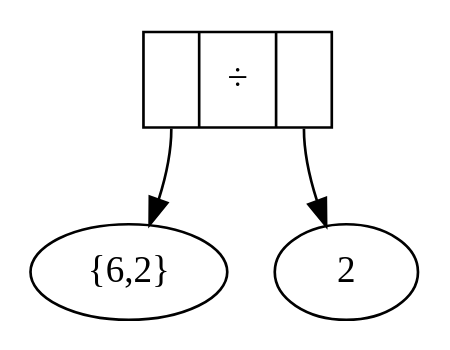
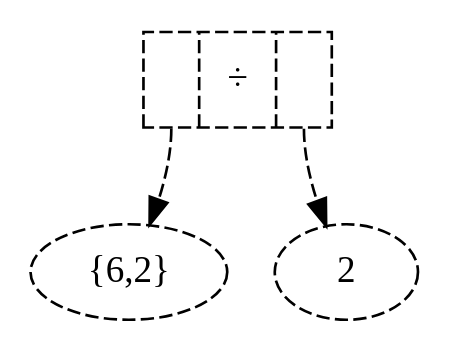
Before and after one commit to CousinoMath/blog: the diagram in Arith_on_Trees/quadratic/instQuadForm5.gv, drawn with Graphviz. The commit also changed 42 other files, not shown here.

```diff
--- a/Arith_on_Trees/quadratic/instQuadForm5.gv
+++ b/Arith_on_Trees/quadratic/instQuadForm5.gv
@@ -1,7 +1,7 @@
 strict digraph instQuadForm2 {
-div [shape=record,label="<0>|&divide;|<1>"];
-two [label="2"];
-set [label="{6,2}"];
-div:0 -> set;
-div:1 -> two;
+div [shape=record,label="<0>|&divide;|<1>", style=dashed];
+two [label="2", style=dashed];
+set [label="{6,2}", style=dashed];
+div:0 -> set [style=dashed];
+div:1 -> two [style=dashed];
 }
```
